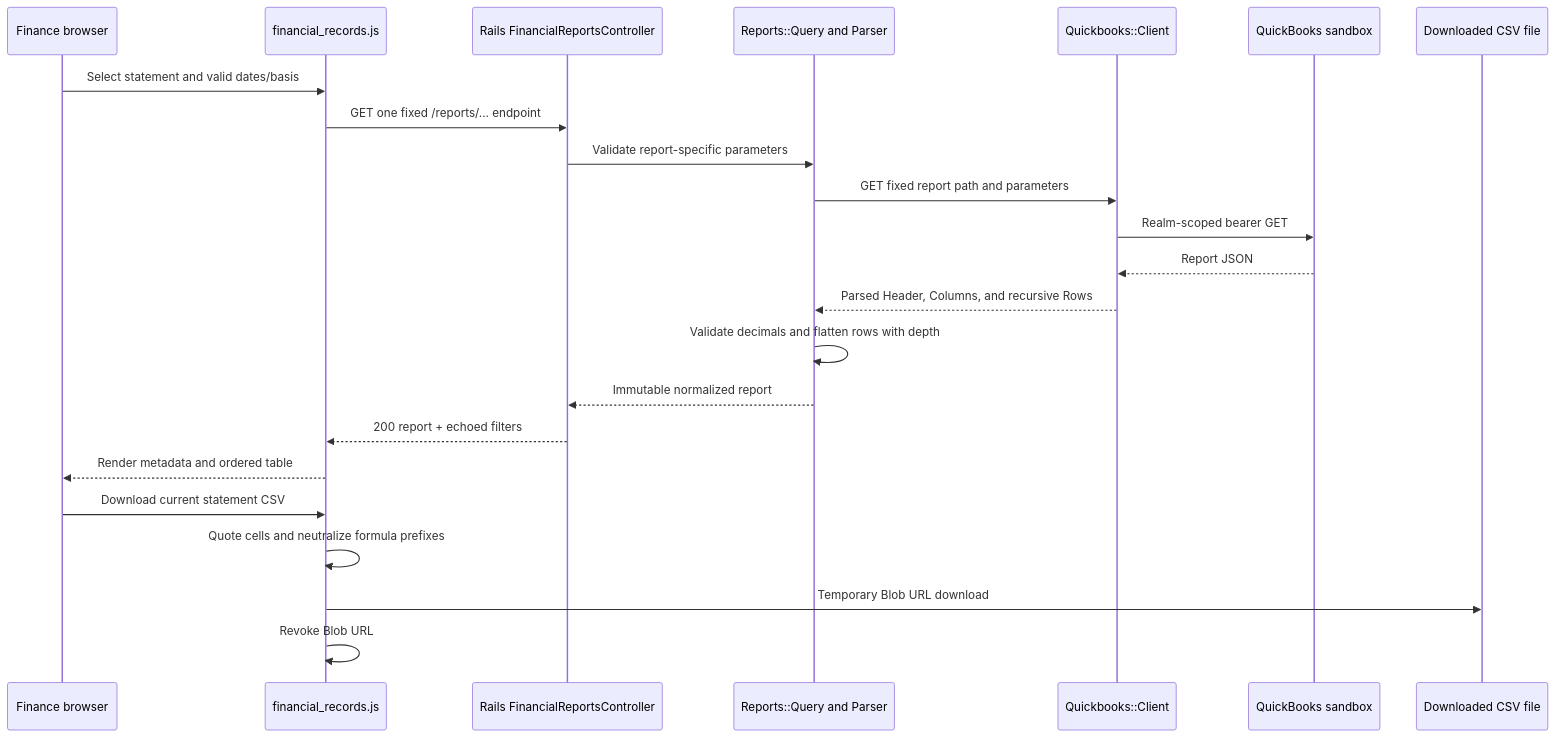
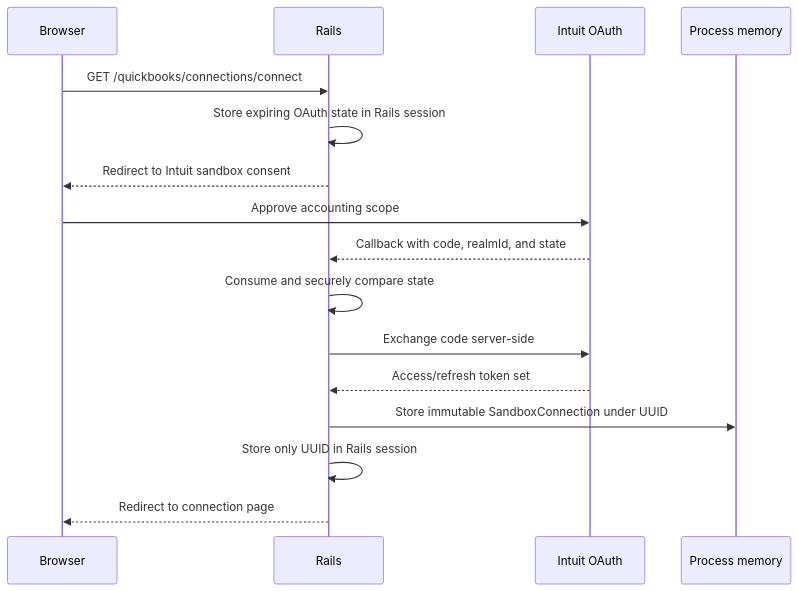
The first of 4 diagrams in docs/data_flow.md (nakshatrasinghh/qbo-finance-bridge), drawn with Mermaid before and after one commit. The commit also changed other lines of this file and 126 other files, not shown here.

First line of the commit message:
refactor(quickbooks)!: Use process-local sandbox connections

````diff
--- a/docs/data_flow.md
+++ b/docs/data_flow.md
@@ -48,25 +8,19 @@
 ```mermaid
 sequenceDiagram
-  participant B as Finance browser
-  participant J as financial_records.js
-  participant A as Rails FinancialReportsController
-  participant R as Reports::Query and Parser
-  participant H as Quickbooks::Client
-  participant Q as QuickBooks sandbox
-  participant F as Downloaded CSV file
-  B->>J: Select statement and valid dates/basis
-  J->>A: GET one fixed /reports/... endpoint
-  A->>R: Validate report-specific parameters
-  R->>H: GET fixed report path and parameters
-  H->>Q: Realm-scoped bearer GET
-  Q-->>H: Report JSON
-  H-->>R: Parsed Header, Columns, and recursive Rows
-  R->>R: Validate decimals and flatten rows with depth
-  R-->>A: Immutable normalized report
-  A-->>J: 200 report + echoed filters
-  J-->>B: Render metadata and ordered table
-  B->>J: Download current statement CSV
-  J->>J: Quote cells and neutralize formula prefixes
-  J->>F: Temporary Blob URL download
-  J->>J: Revoke Blob URL
+  participant B as Browser
+  participant R as Rails
+  participant I as Intuit OAuth
+  participant M as Process memory
+
+  B->>R: GET /quickbooks/connections/connect
+  R->>R: Store expiring OAuth state in Rails session
+  R-->>B: Redirect to Intuit sandbox consent
+  B->>I: Approve accounting scope
+  I-->>R: Callback with code, realmId, and state
+  R->>R: Consume and securely compare state
+  R->>I: Exchange code server-side
+  I-->>R: Access/refresh token set
+  R->>M: Store immutable SandboxConnection under UUID
+  R->>R: Store only UUID in Rails session
+  R-->>B: Redirect to connection page
 ```
````
